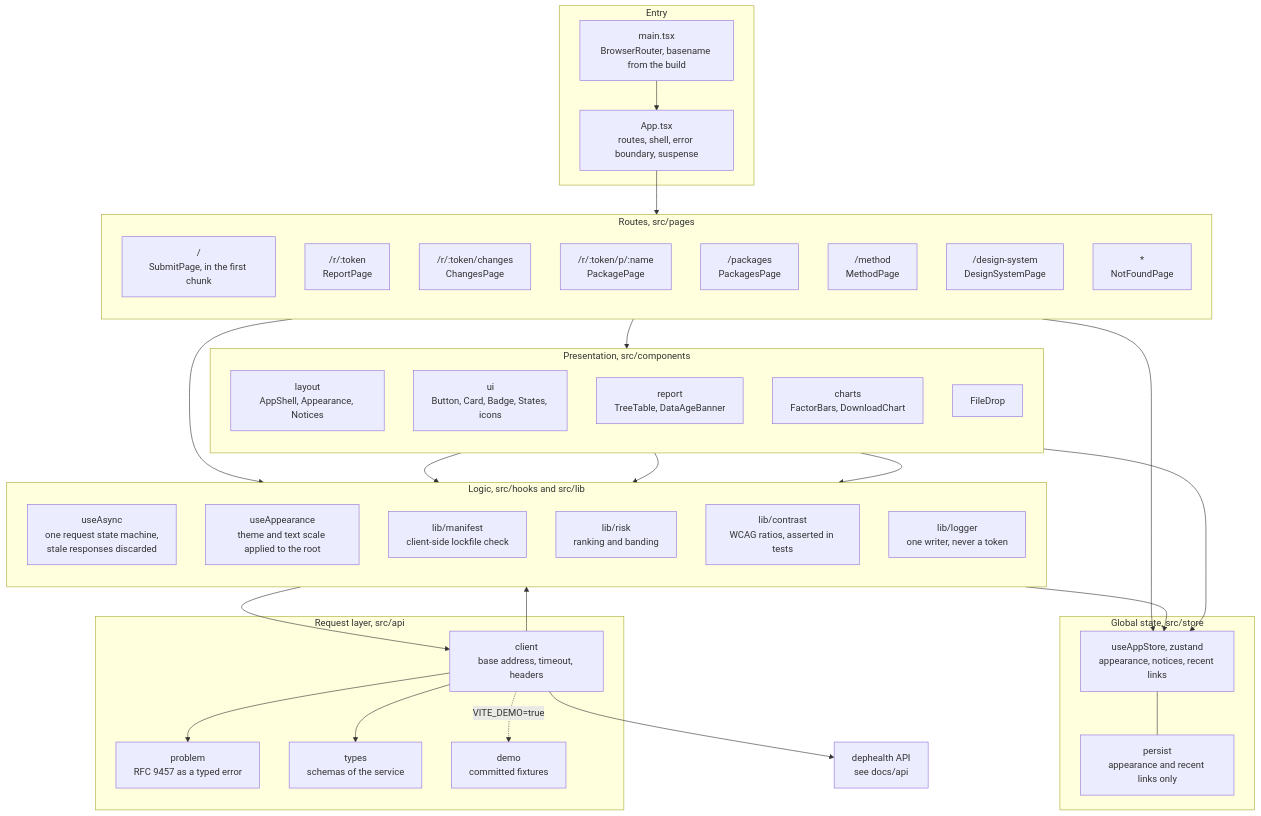
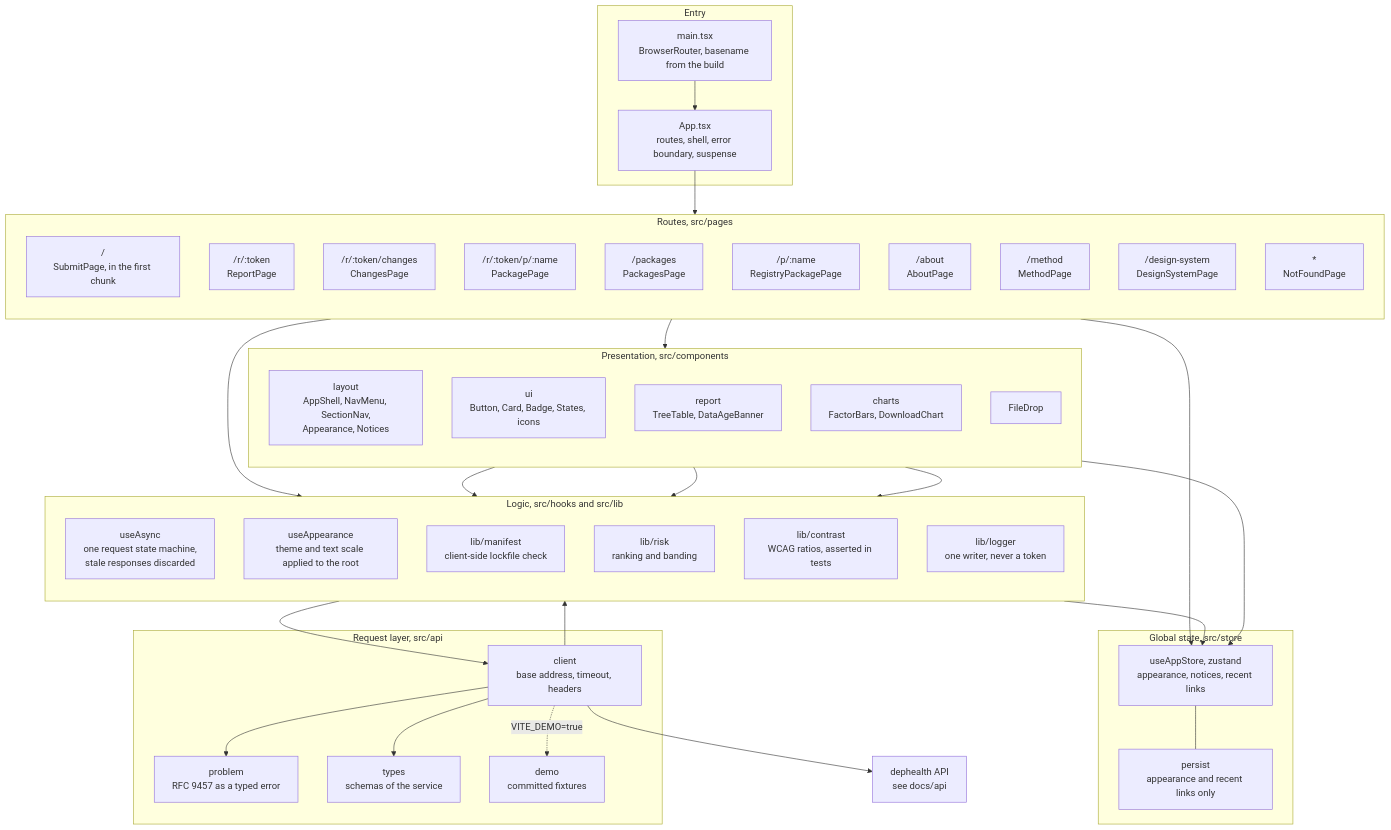
The diagram in docs/diagrams/frontend-architecture.mmd (nadzyah/dephealth), drawn with Mermaid before and after one commit. The commit also changed 15 other files, not shown here.

Commit message:
feat(web): group the project pages under an About menu

```diff
--- a/docs/diagrams/frontend-architecture.mmd
+++ b/docs/diagrams/frontend-architecture.mmd
@@ -1,69 +1,71 @@
 %% Browser application: modules, routes, state and the single path to the API.
 flowchart TB
     subgraph ENTRY["Entry"]
         MAIN["main.tsx<br/>BrowserRouter, basename from the build"]
         APP["App.tsx<br/>routes, shell, error boundary, suspense"]
         MAIN --> APP
     end
 
     subgraph ROUTES["Routes, src/pages"]
         direction TB
         SUBMIT["/<br/>SubmitPage, in the first chunk"]
         REPORT["/r/:token<br/>ReportPage"]
         CHANGES["/r/:token/changes<br/>ChangesPage"]
         PACKAGE["/r/:token/p/:name<br/>PackagePage"]
         PACKAGES["/packages<br/>PackagesPage"]
+        REGISTRY["/p/:name<br/>RegistryPackagePage"]
+        ABOUT["/about<br/>AboutPage"]
         METHOD["/method<br/>MethodPage"]
         DESIGN["/design-system<br/>DesignSystemPage"]
         MISSING["*<br/>NotFoundPage"]
     end
 
     subgraph COMPONENTS["Presentation, src/components"]
         direction TB
-        LAYOUT["layout<br/>AppShell, Appearance, Notices"]
+        LAYOUT["layout<br/>AppShell, NavMenu, SectionNav,<br/>Appearance, Notices"]
         UI["ui<br/>Button, Card, Badge, States, icons"]
         REPORTC["report<br/>TreeTable, DataAgeBanner"]
         CHARTS["charts<br/>FactorBars, DownloadChart"]
         DROP["FileDrop"]
     end
 
     subgraph LOGIC["Logic, src/hooks and src/lib"]
         direction TB
         ASYNC["useAsync<br/>one request state machine,<br/>stale responses discarded"]
         APPEAR["useAppearance<br/>theme and text scale applied to the root"]
         MANIFEST["lib/manifest<br/>client-side lockfile check"]
         RISK["lib/risk<br/>ranking and banding"]
         CONTRAST["lib/contrast<br/>WCAG ratios, asserted in tests"]
         LOG["lib/logger<br/>one writer, never a token"]
     end
 
     subgraph STATE["Global state, src/store"]
         STORE["useAppStore, zustand<br/>appearance, notices, recent links"]
         PERSIST["persist<br/>appearance and recent links only"]
         STORE --- PERSIST
     end
 
     subgraph DATA["Request layer, src/api"]
         CLIENT["client<br/>base address, timeout, headers"]
         PROBLEM["problem<br/>RFC 9457 as a typed error"]
         TYPES["types<br/>schemas of the service"]
         DEMO["demo<br/>committed fixtures"]
         CLIENT --> PROBLEM
         CLIENT --> TYPES
         CLIENT -. "VITE_DEMO=true" .-> DEMO
     end
 
     API["dephealth API<br/>see docs/api"]
 
     APP --> ROUTES
     ROUTES --> COMPONENTS
     ROUTES --> ASYNC
     ASYNC --> CLIENT
     CLIENT --> API
     ROUTES --> STORE
     LAYOUT --> STORE
     APPEAR --> STORE
     CLIENT --> LOG
     DROP --> MANIFEST
     REPORTC --> RISK
     CHARTS --> CONTRAST
```
